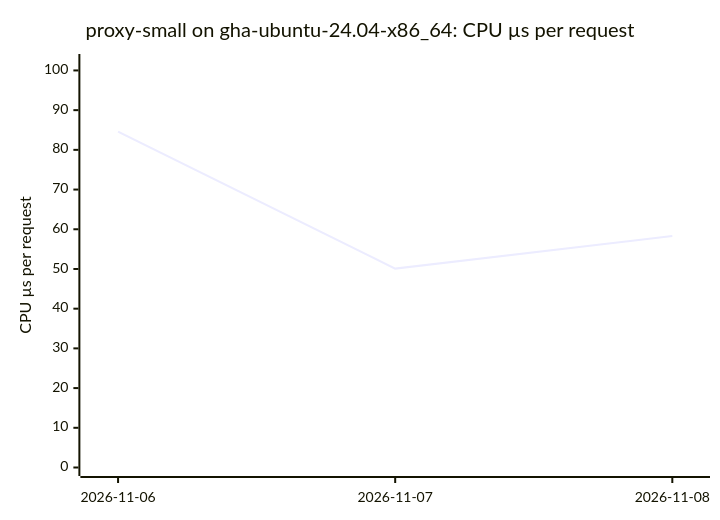
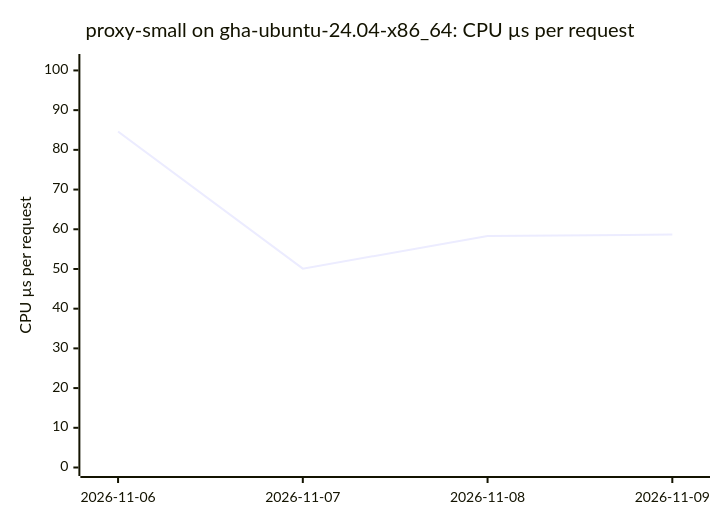
One commit to ThePixelPilgrim/durchlauferhitzer changed the fourth of 18 diagrams in BENCHMARKS.md. Above: the diagram before and after it, drawn with Mermaid. The commit also changed other lines of this file and 1 other file, not shown here.

````diff
--- a/BENCHMARKS.md
+++ b/BENCHMARKS.md
@@ -55,7 +56,7 @@
 ```mermaid
 xychart-beta
   title "proxy-small on gha-ubuntu-24.04-x86_64: CPU µs per request"
-  x-axis ["2026-11-06", "2026-11-07", "2026-11-08"]
+  x-axis ["2026-11-06", "2026-11-07", "2026-11-08", "2026-11-09"]
   y-axis "CPU µs per request" 0 --> 102
-  line [84.61, 50.09, 58.29]
+  line [84.61, 50.09, 58.29, 58.68]
 ```
````
